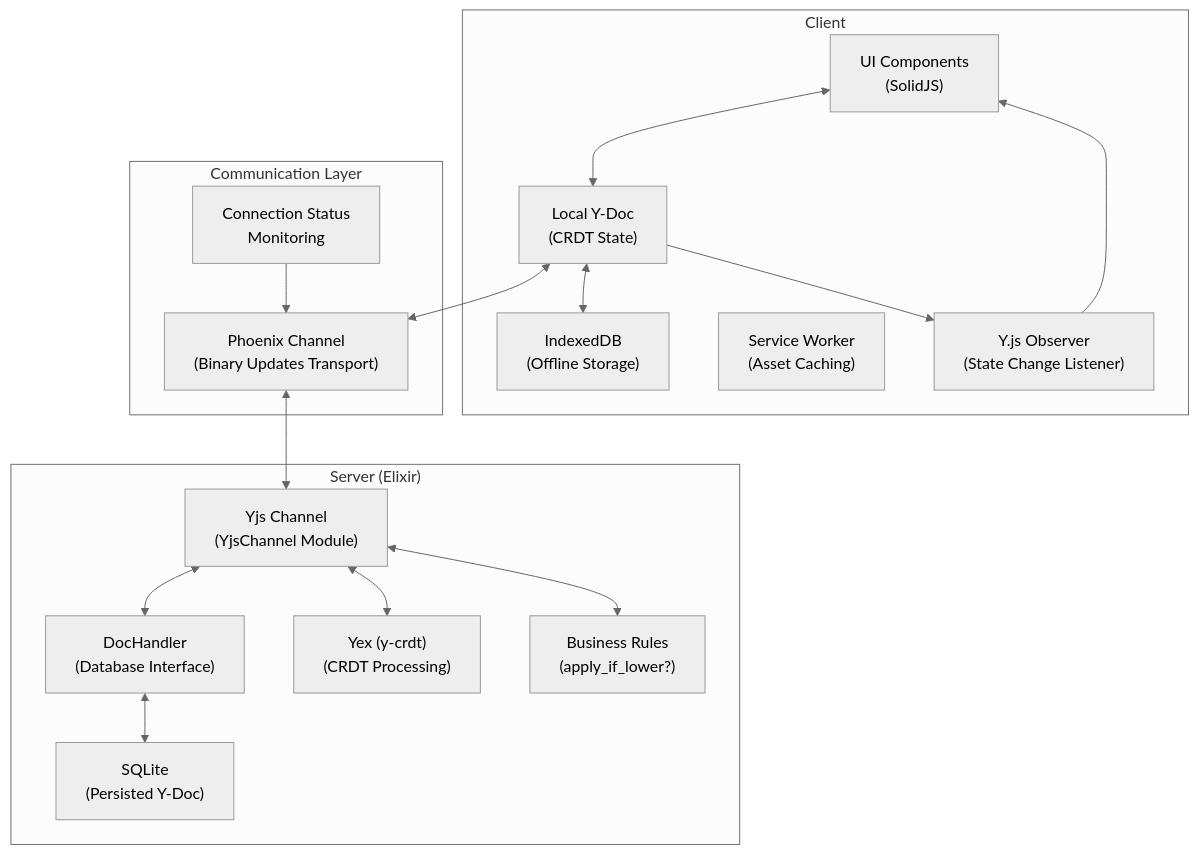
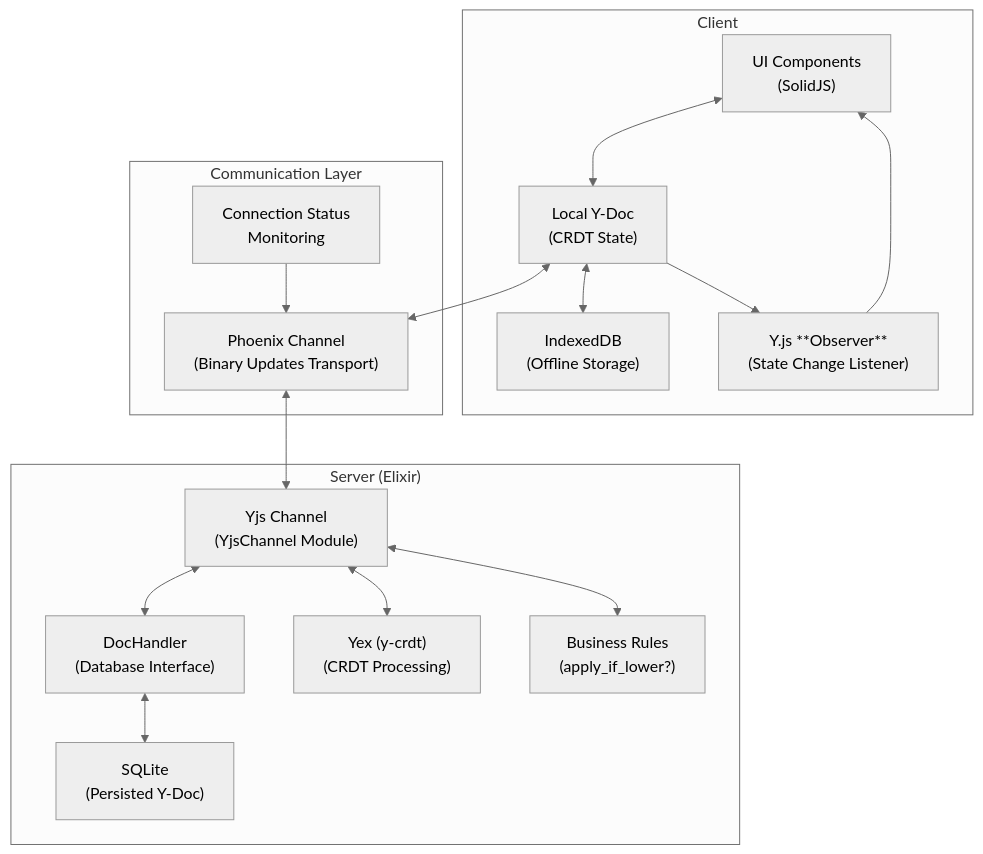
The second of 6 diagrams in README.md (dwyl/PWA-Liveview), drawn with Mermaid (neutral theme) before and after one commit. The commit also changed other lines of this file and 2 other files, not shown here.

````diff
--- a/README.md
+++ b/README.md
@@ -295,40 +306,39 @@
 ```mermaid
 flowchart TD
     subgraph "Client"
-        UI["UI Components\n(SolidJS)"]
-        YDoc["Local Y-Doc\n(CRDT State)"]
-        IndexedDB["IndexedDB\n(Offline Storage)"]
-        ServiceWorker["Service Worker\n(Asset Caching)"]
-        YObserver["Y.js Observer\n(State Change Listener)"]
+        UI["UI Components <br> (SolidJS)"]
+        YDoc["Local Y-Doc <br> (CRDT State)"]
+        IndexedDB["IndexedDB <br> (Offline Storage)"]
+        YObserver["Y.js **Observer** <br>(State Change Listener)"]
 
         UI <--> YDoc
         YDoc <--> IndexedDB
         YObserver --> UI
         YDoc --> YObserver
     end
 
     subgraph "Communication Layer"
-        PhoenixChannel["Phoenix Channel\n(Binary Updates Transport)"]
-        ConnectionCheck["Connection Status\nMonitoring"]
+        PhoenixChannel["Phoenix Channel <br>(Binary Updates Transport)"]
+        ConnectionCheck["Connection Status <br>Monitoring"]
     end
 
     subgraph "Server (Elixir)"
-        YjsChannel["Yjs Channel\n(YjsChannel Module)"]
-        DocHandler["DocHandler\n(Database Interface)"]
-        YEx["Yex (y-crdt)\n(CRDT Processing)"]
-        BusinessRules["Business Rules\n(apply_if_lower?)"]
-        DB["SQLite\n(Persisted Y-Doc)"]
+        YjsChannel["Yjs Channel <br>(YjsChannel Module)"]
+        DocHandler["DocHandler<br>(Database Interface)"]
+        YEx["Yex (y-crdt)<br>(CRDT Processing)"]
+        BusinessRules["Business Rules <br>(apply_if_lower?)"]
+        DB["SQLite<br>(Persisted Y-Doc)"]
 
         YjsChannel <--> DocHandler
         YjsChannel <--> YEx
         YjsChannel <--> BusinessRules
         DocHandler <--> DB
     end
 
     YDoc <--> PhoenixChannel
     PhoenixChannel <--> YjsChannel
     ConnectionCheck --> PhoenixChannel
 
     class BusinessRules highlight
     class YDoc,YEx highlight
 ```
````
